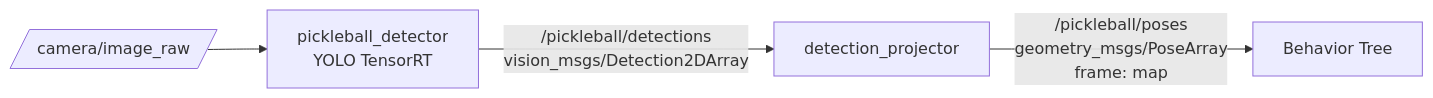
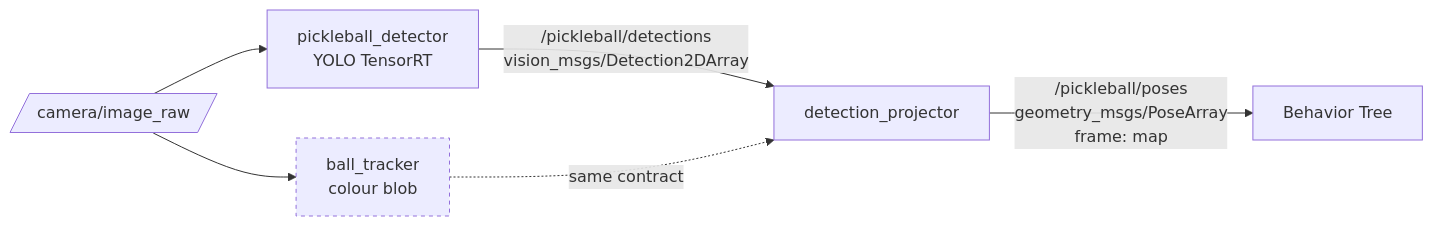
One commit to atticusrussell/brobot changed the third of 10 diagrams in docs/ARCHITECTURE.md. Above: the diagram before and after it, drawn with Mermaid. The commit also changed other lines of this file and 1 other file, not shown here.

First line of the commit message:
docs: retain ball_tracker as detection-contract stand-in

````diff
--- a/docs/ARCHITECTURE.md
+++ b/docs/ARCHITECTURE.md
@@ -71,6 +71,9 @@
 ```mermaid
 flowchart LR
     cam[/camera/image_raw/] --> detector[pickleball_detector<br/>YOLO TensorRT]
+    cam --> blob[ball_tracker<br/>colour blob]
     detector -->|/pickleball/detections<br/>vision_msgs/Detection2DArray| projector[detection_projector]
+    blob -.same contract.-> projector
     projector -->|/pickleball/poses<br/>geometry_msgs/PoseArray<br/>frame: map| bt[Behavior Tree]
+    style blob stroke-dasharray: 4 4
 ```
````
